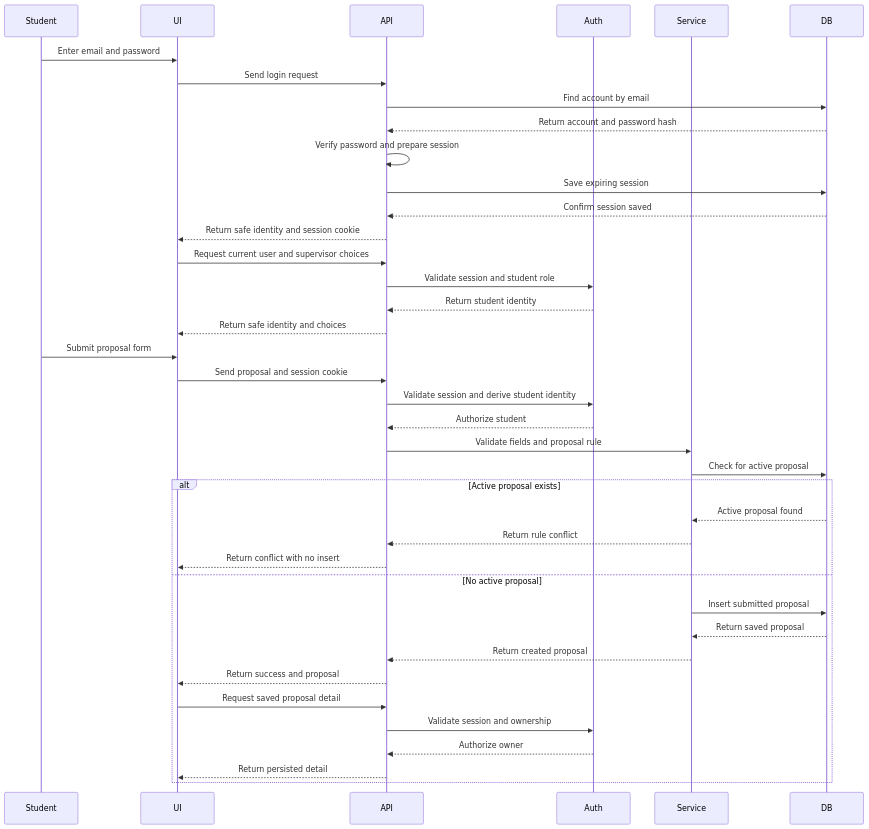
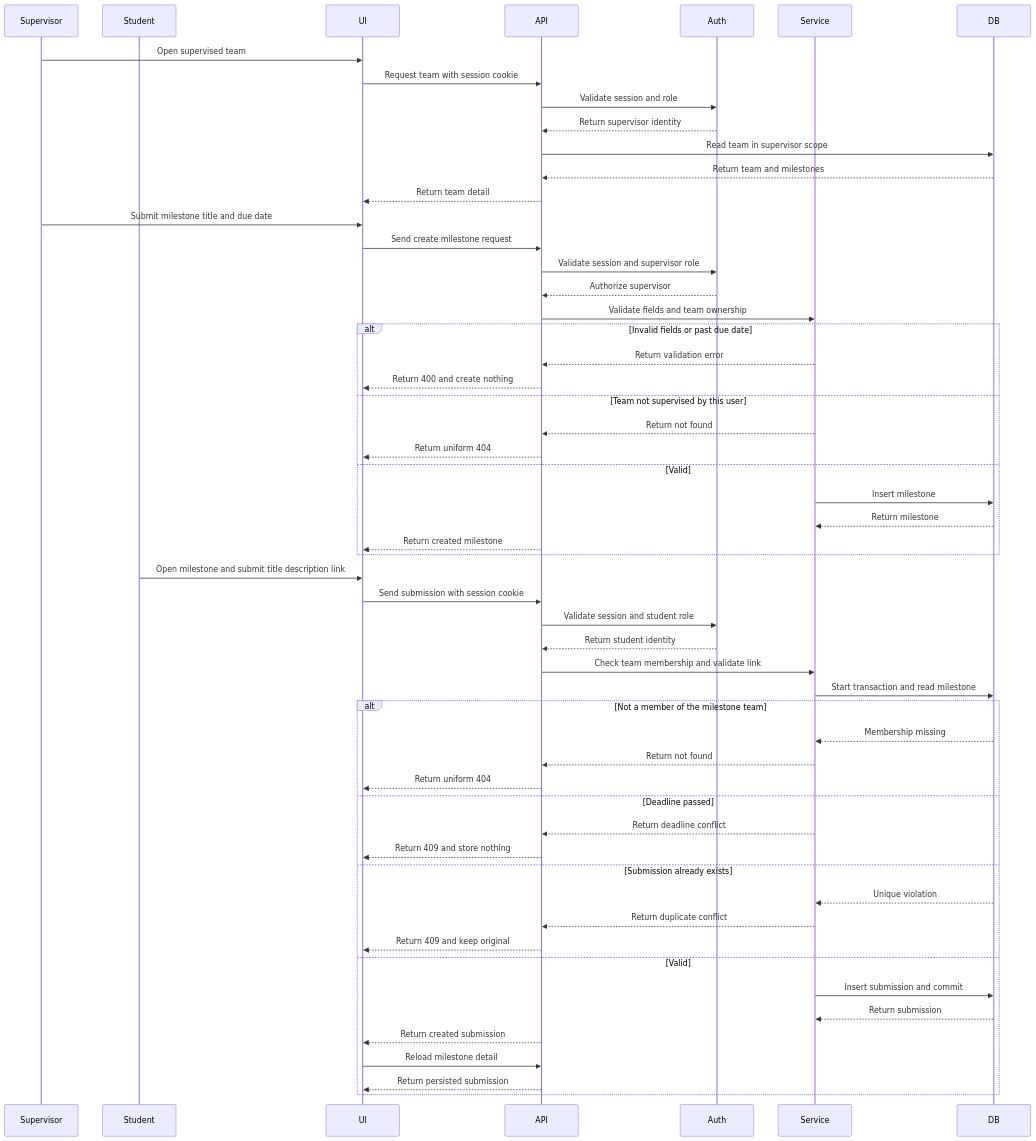
One commit to N0M3KM/CPMS changed the first of 2 diagrams in docs/sprints/sprint-1/plan.md. Above: the diagram before and after it, drawn with Mermaid. The commit also changed other lines of this file and 21 other files, not shown here.

````diff
--- a/docs/sprints/sprint-1/plan.md
+++ b/docs/sprints/sprint-1/plan.md
@@ -78,41 +72,57 @@
 ```mermaid
 sequenceDiagram
+  participant Supervisor
   participant Student
   participant UI
   participant API
   participant Auth
   participant Service
   participant DB
-  Student->>UI: Enter email and password
-  UI->>API: Send login request
-  API->>DB: Find account by email
-  DB-->>API: Return account and password hash
-  API->>API: Verify password and prepare session
-  API->>DB: Save expiring session
-  DB-->>API: Confirm session saved
-  API-->>UI: Return safe identity and session cookie
-  UI->>API: Request current user and supervisor choices
+  Supervisor->>UI: Open supervised team
+  UI->>API: Request team with session cookie
+  API->>Auth: Validate session and role
+  Auth-->>API: Return supervisor identity
+  API->>DB: Read team in supervisor scope
+  DB-->>API: Return team and milestones
+  API-->>UI: Return team detail
+  Supervisor->>UI: Submit milestone title and due date
+  UI->>API: Send create milestone request
+  API->>Auth: Validate session and supervisor role
+  Auth-->>API: Authorize supervisor
+  API->>Service: Validate fields and team ownership
+  alt Invalid fields or past due date
+    Service-->>API: Return validation error
+    API-->>UI: Return 400 and create nothing
+  else Team not supervised by this user
+    Service-->>API: Return not found
+    API-->>UI: Return uniform 404
+  else Valid
+    Service->>DB: Insert milestone
+    DB-->>Service: Return milestone
+    API-->>UI: Return created milestone
+  end
+  Student->>UI: Open milestone and submit title description link
+  UI->>API: Send submission with session cookie
   API->>Auth: Validate session and student role
   Auth-->>API: Return student identity
-  API-->>UI: Return safe identity and choices
-  Student->>UI: Submit proposal form
-  UI->>API: Send proposal and session cookie
-  API->>Auth: Validate session and derive student identity
-  Auth-->>API: Authorize student
-  API->>Service: Validate fields and proposal rule
-  Service->>DB: Check for active proposal
-  alt Active proposal exists
-    DB-->>Service: Active proposal found
-    Service-->>API: Return rule conflict
-    API-->>UI: Return conflict with no insert
-  else No active proposal
-    Service->>DB: Insert submitted proposal
-    DB-->>Service: Return saved proposal
-    Service-->>API: Return created proposal
-    API-->>UI: Return success and proposal
-    UI->>API: Request saved proposal detail
-    API->>Auth: Validate session and ownership
-    Auth-->>API: Authorize owner
-    API-->>UI: Return persisted detail
+  API->>Service: Check team membership and validate link
+  Service->>DB: Start transaction and read milestone
+  alt Not a member of the milestone team
+    DB-->>Service: Membership missing
+    Service-->>API: Return not found
+    API-->>UI: Return uniform 404
+  else Deadline passed
+    Service-->>API: Return deadline conflict
+    API-->>UI: Return 409 and store nothing
+  else Submission already exists
+    DB-->>Service: Unique violation
+    Service-->>API: Return duplicate conflict
+    API-->>UI: Return 409 and keep original
+  else Valid
+    Service->>DB: Insert submission and commit
+    DB-->>Service: Return submission
+    API-->>UI: Return created submission
+    UI->>API: Reload milestone detail
+    API-->>UI: Return persisted submission
   end
 ```
````
